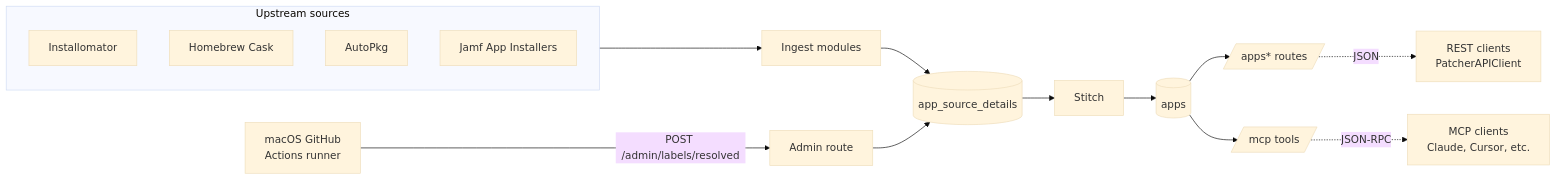
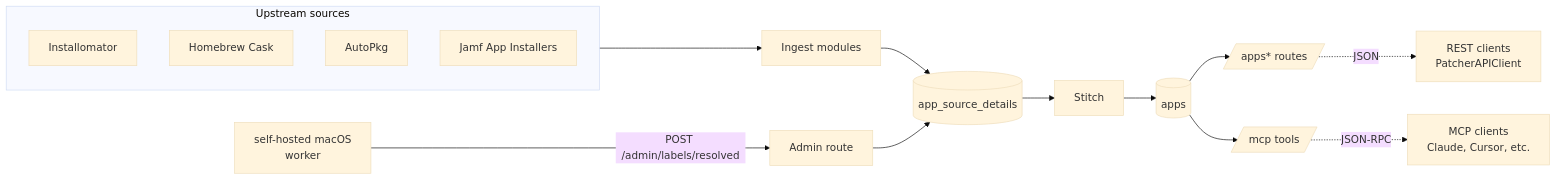
One commit to liquidz00/Patcher changed the third of 3 diagrams in docs/project/architecture/index.md. Above: the diagram before and after it, drawn with Mermaid (base theme). The commit also changed other lines of this file and 5 other files, not shown here.

````diff
--- a/docs/project/architecture/index.md
+++ b/docs/project/architecture/index.md
@@ -358,24 +358,24 @@
 ```{mermaid}
 flowchart LR
     subgraph EXT [Upstream sources]
       direction TB
       INST[Installomator]
       CASK[Homebrew Cask]
       AP[AutoPkg]
       JAI[Jamf App Installers]
     end
 
     EXT --> ING[Ingest modules]
     ING --> SD[(app_source_details)]
 
-    MACR[macOS GitHub<br/>Actions runner] -- POST /admin/labels/resolved --> ADM[Admin route]
+    MACR[self-hosted macOS<br/>worker] -- POST /admin/labels/resolved --> ADM[Admin route]
     ADM --> SD
 
     SD --> ST[Stitch] --> APPS[(apps)]
 
     APPS --> APP_R[/apps* routes/]
     APPS --> MCP[/mcp tools/]
 
     APP_R -.->|JSON| CLIENT1[REST clients<br/>PatcherAPIClient]
     MCP -.->|JSON-RPC| CLIENT2[MCP clients<br/>Claude, Cursor, etc.]
 ```
````
